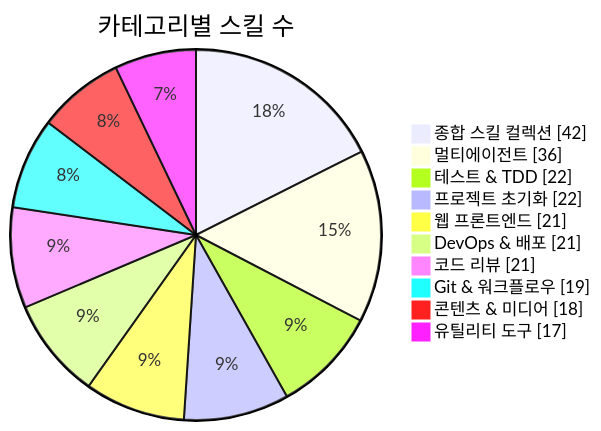
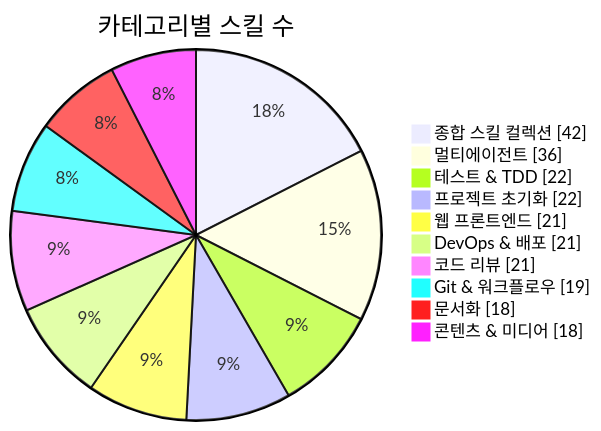
Before and after one commit to J-nowcow/awesome-korean-agent-skills: the first of 3 diagrams in README.md, drawn with Mermaid. The commit also changed other lines of this file and 4 other files, not shown here.

````diff
--- a/README.md
+++ b/README.md
@@ -176,14 +176,14 @@
 ```mermaid
 pie showData
     title 카테고리별 스킬 수
     "종합 스킬 컬렉션" : 42
     "멀티에이전트" : 36
     "테스트 & TDD" : 22
     "프로젝트 초기화" : 22
     "웹 프론트엔드" : 21
     "DevOps & 배포" : 21
     "코드 리뷰" : 21
     "Git & 워크플로우" : 19
+    "문서화" : 18
     "콘텐츠 & 미디어" : 18
-    "유틸리티 도구" : 17
 ```
````
